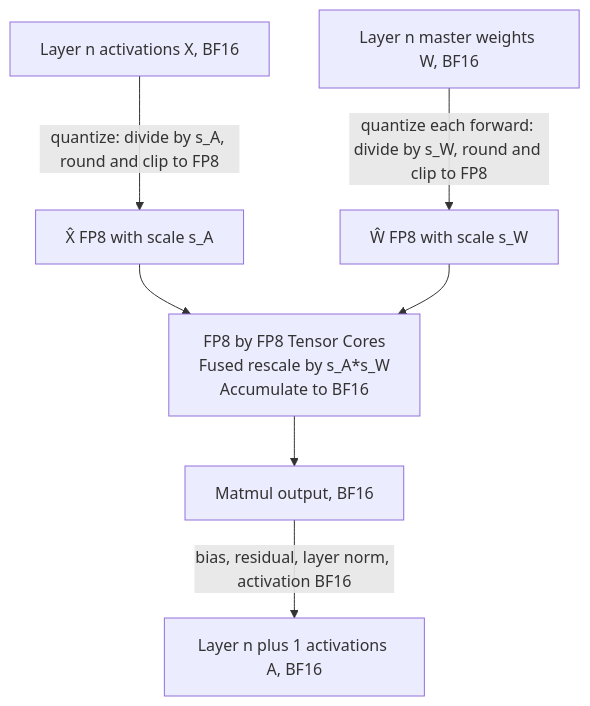
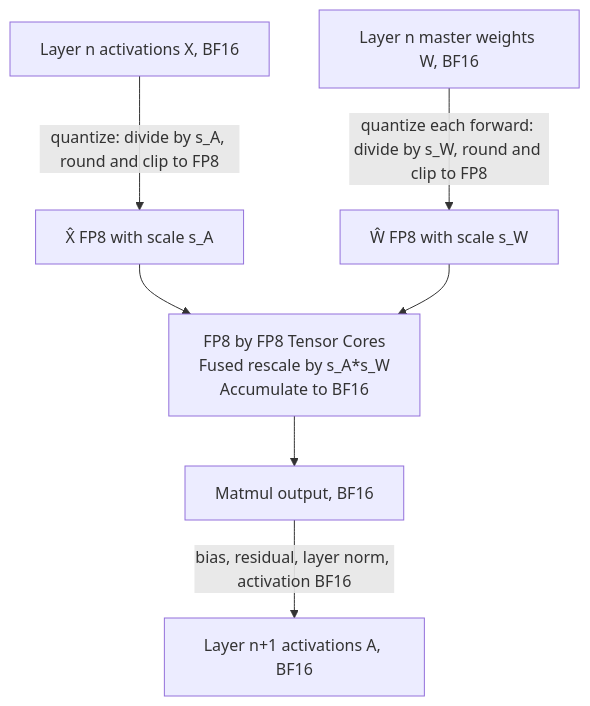
Before and after one commit to romitjain/romitjain.github.io: the second of 2 diagrams in _posts/2025-10-01-Fp8forllms.md, drawn with Mermaid. The commit also changed other lines of this file, not shown here.

````diff
--- a/_posts/2025-10-01-Fp8forllms.md
+++ b/_posts/2025-10-01-Fp8forllms.md
@@ -88,23 +94,21 @@
 ```mermaid
 
 flowchart TD
 
 %% Inputs and master weights
 
 XA[Layer n activations X, BF16] -->|quantize: divide by s_A, round and clip to FP8| Xhat[X̂ FP8 with scale s_A]
 
 Wmaster[Layer n master weights W, BF16] -->|quantize each forward: divide by s_W, round and clip to FP8| What[Ŵ FP8 with scale s_W]
 
   
 
 Xhat --> GEMM
 
 What --> GEMM
 
 GEMM[FP8 by FP8 Tensor Cores<br/>Fused rescale by s_A*s_W<br/>Accumulate to BF16] --> Zbf16[Matmul output, BF16]
 
-  
-
-Zbf16 -->|bias, residual, layer norm, activation BF16| Aout[Layer n plus 1 activations A, BF16]
+Zbf16 -->|bias, residual, layer norm, activation BF16| Aout[Layer n+1 activations A, BF16]
 
 ```
````
